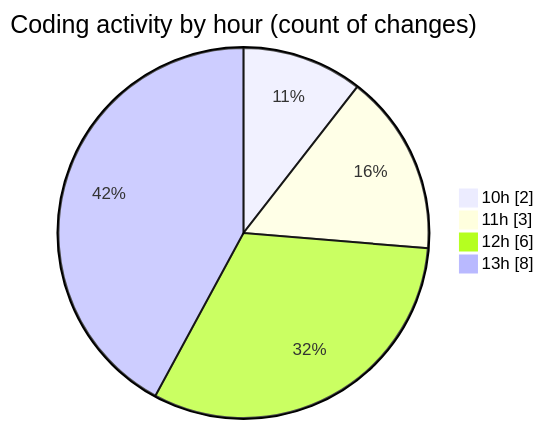
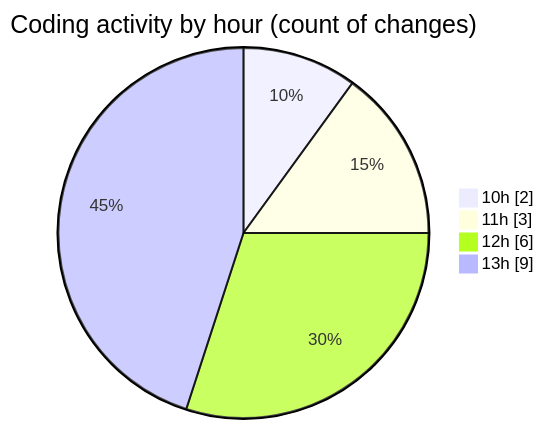
Before and after one commit to momahboobian/code-tracking: the second of 2 diagrams in 2026-11-11/cda/README.md, drawn with Mermaid. The commit also changed other lines of this file and 1 other file, not shown here.

````diff
--- a/2026-11-11/cda/README.md
+++ b/2026-11-11/cda/README.md
@@ -33,8 +33,8 @@
 ```mermaid
 pie showData
 title Coding activity by hour (count of changes)
 "10h" : 2
 "11h" : 3
 "12h" : 6
-"13h" : 8
+"13h" : 9
 ```
````
